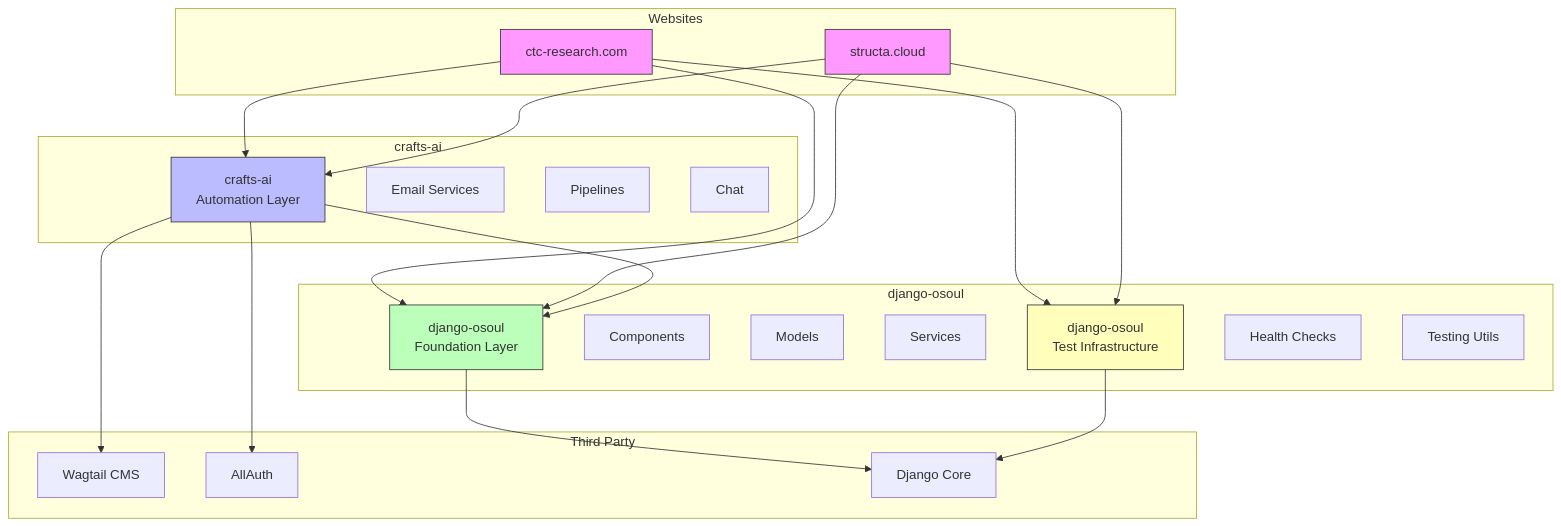
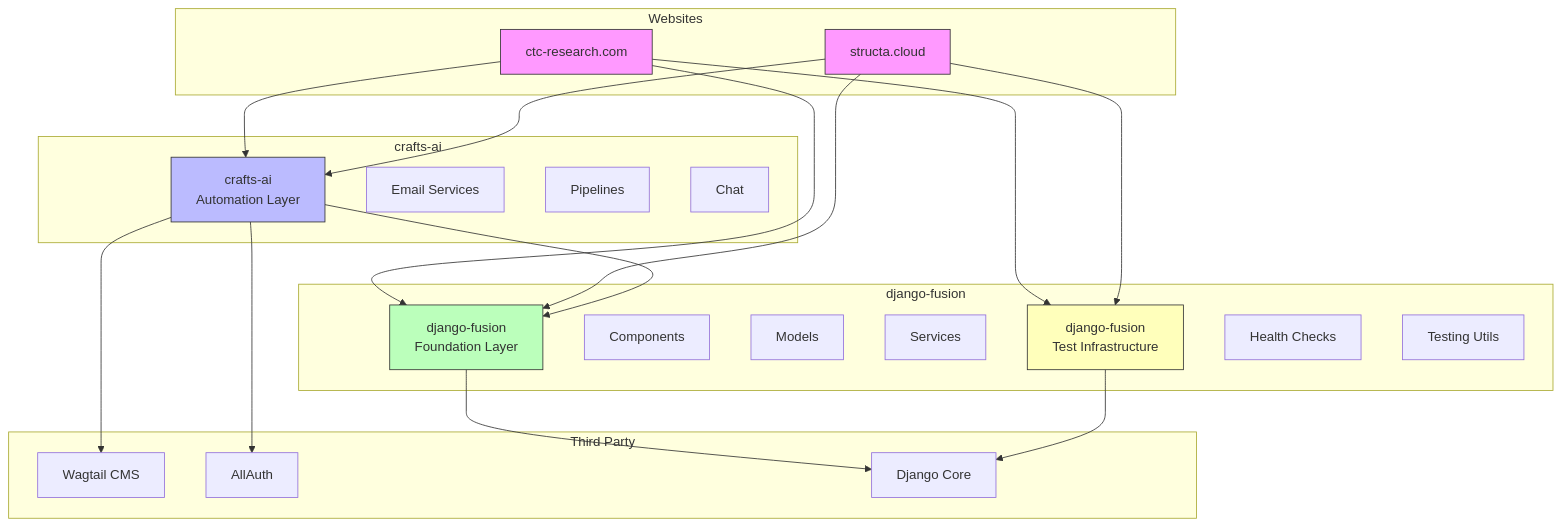
The diagram in docs/ecosystem/architecture/diagrams/system-overview.mmd (mammhoud/django-fusion), drawn with Mermaid before and after one commit. The commit also changed other lines of this file and 1196 other files, not shown here.

Commit message:
chore: rename django-osoul to django-fusion throughout

````diff
--- a/docs/ecosystem/architecture/diagrams/system-overview.mmd
+++ b/docs/ecosystem/architecture/diagrams/system-overview.mmd
@@ -3,54 +3,54 @@
 ```mermaid
 graph TB
     subgraph "Websites"
         CTC[ctc-research.com]
         STRUCTA[structa.cloud]
     end
 
     subgraph "crafts-ai"
         RSEAL[crafts-ai<br/>Automation Layer]
         EMAIL[Email Services]
         PIPELINES[Pipelines]
         CHAT[Chat]
     end
 
-    subgraph "django-osoul"
-        OSOUL[django-osoul<br/>Foundation Layer]
+    subgraph "django-fusion"
+        OSOUL[django-fusion<br/>Foundation Layer]
         COMP[Components]
         MODELS[Models]
         SERVICES[Services]
     end
 
-    subgraph "django-osoul"
-        GREP[django-osoul<br/>Test Infrastructure]
+    subgraph "django-fusion"
+        GREP[django-fusion<br/>Test Infrastructure]
         HEALTH[Health Checks]
         TESTS[Testing Utils]
     end
 
     subgraph "Third Party"
         WAGTAIL[Wagtail CMS]
         ALLAUTH[AllAuth]
         DJANGO[Django Core]
     end
 
     CTC --> RSEAL
     STRUCTA --> RSEAL
     CTC --> OSOUL
     STRUCTA --> OSOUL
     CTC --> GREP
     STRUCTA --> GREP
 
     RSEAL --> OSOUL
     RSEAL --> WAGTAIL
     RSEAL --> ALLAUTH
 
     OSOUL --> DJANGO
 
     GREP --> DJANGO
 
     style CTC fill:#f9f,stroke:#333
     style STRUCTA fill:#f9f,stroke:#333
     style RSEAL fill:#bbf,stroke:#333
     style OSOUL fill:#bfb,stroke:#333
     style GREP fill:#ffb,stroke:#333
 ```
````
